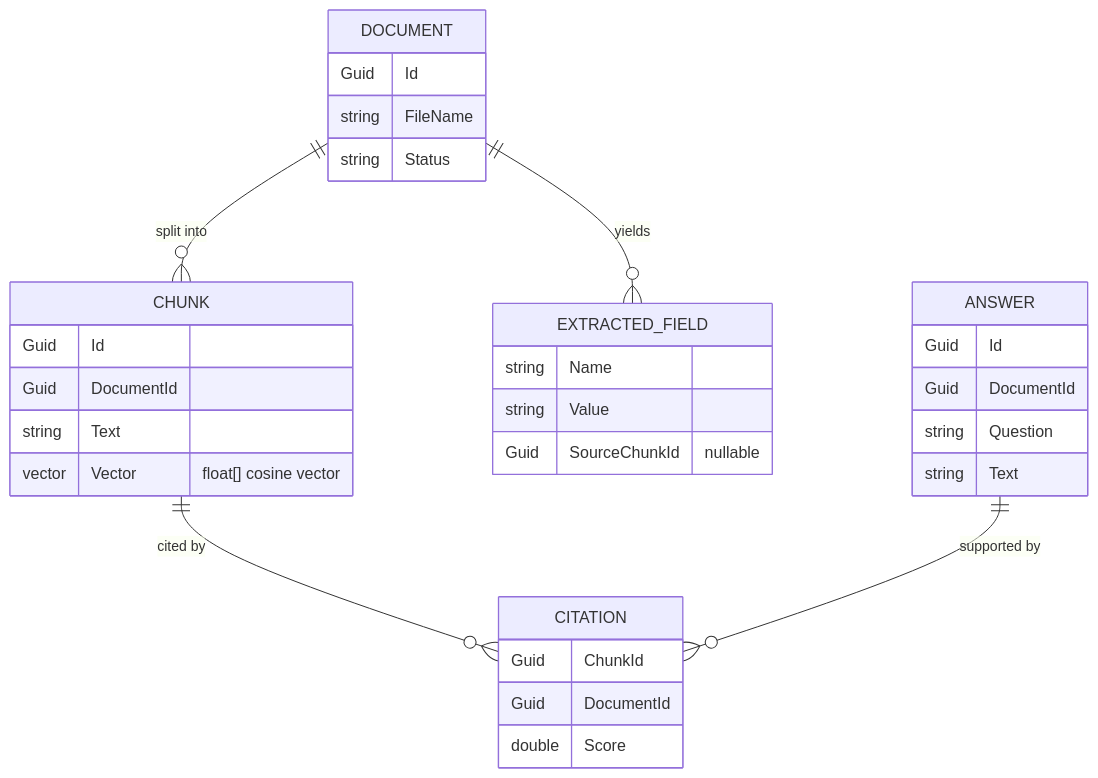
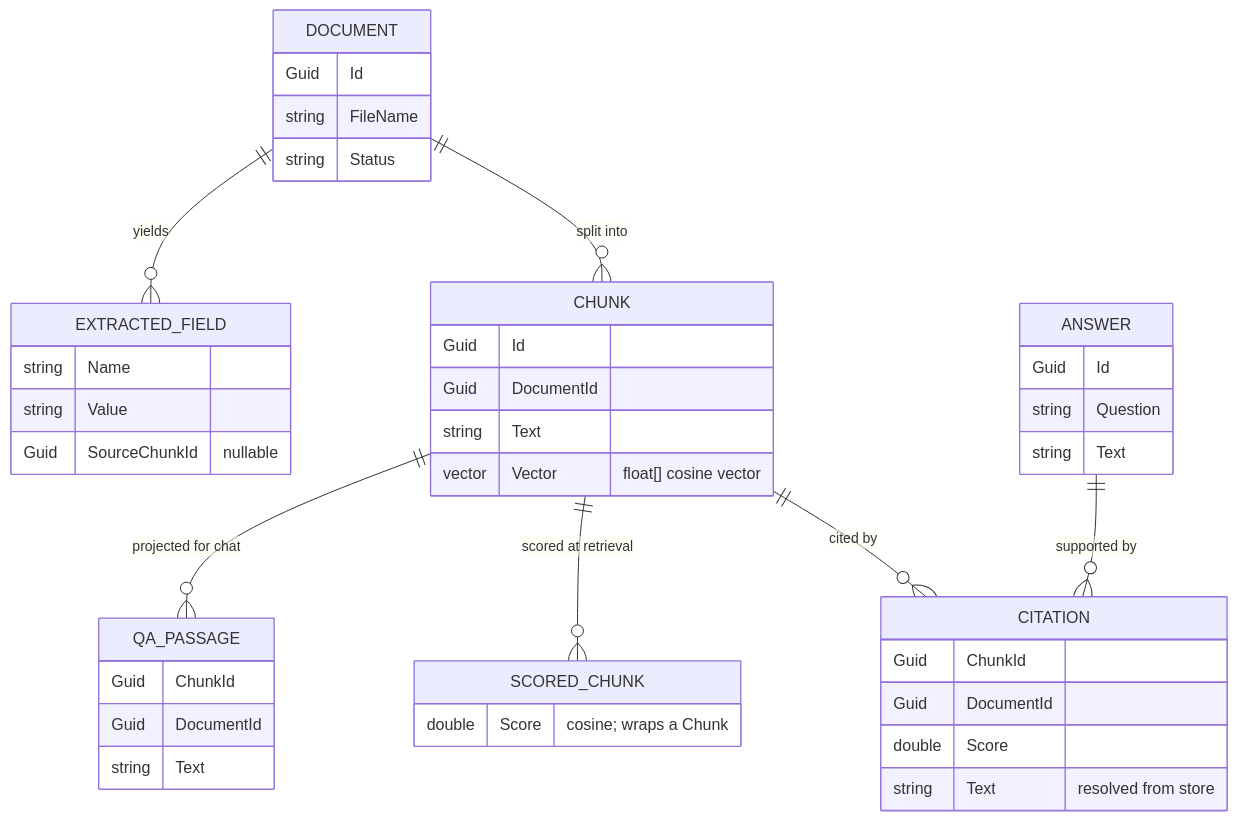
One commit to hectorreyesdev/landdoc-intelligence changed the diagram in knowledge/docs/DATA-MODEL.md. Above: the diagram before and after it, drawn with Mermaid. The commit also changed other lines of this file and 3 other files, not shown here.

````diff
--- a/knowledge/docs/DATA-MODEL.md
+++ b/knowledge/docs/DATA-MODEL.md
@@ -7,35 +7,45 @@
 ```mermaid
 erDiagram
     DOCUMENT ||--o{ CHUNK : "split into"
     DOCUMENT ||--o{ EXTRACTED_FIELD : "yields"
     CHUNK ||--o{ CITATION : "cited by"
+    CHUNK ||--o{ SCORED_CHUNK : "scored at retrieval"
+    CHUNK ||--o{ QA_PASSAGE : "projected for chat"
     ANSWER ||--o{ CITATION : "supported by"
 
     DOCUMENT {
       Guid Id
       string FileName
       string Status
     }
     CHUNK {
       Guid Id
       Guid DocumentId
       string Text
       vector Vector "float[] cosine vector"
     }
     EXTRACTED_FIELD {
       string Name
       string Value
       Guid SourceChunkId "nullable"
     }
     ANSWER {
       Guid Id
-      Guid DocumentId
       string Question
       string Text
     }
     CITATION {
       Guid ChunkId
       Guid DocumentId
       double Score
+      string Text "resolved from store"
+    }
+    SCORED_CHUNK {
+      double Score "cosine; wraps a Chunk"
+    }
+    QA_PASSAGE {
+      Guid ChunkId
+      Guid DocumentId
+      string Text
     }
 ```
````
